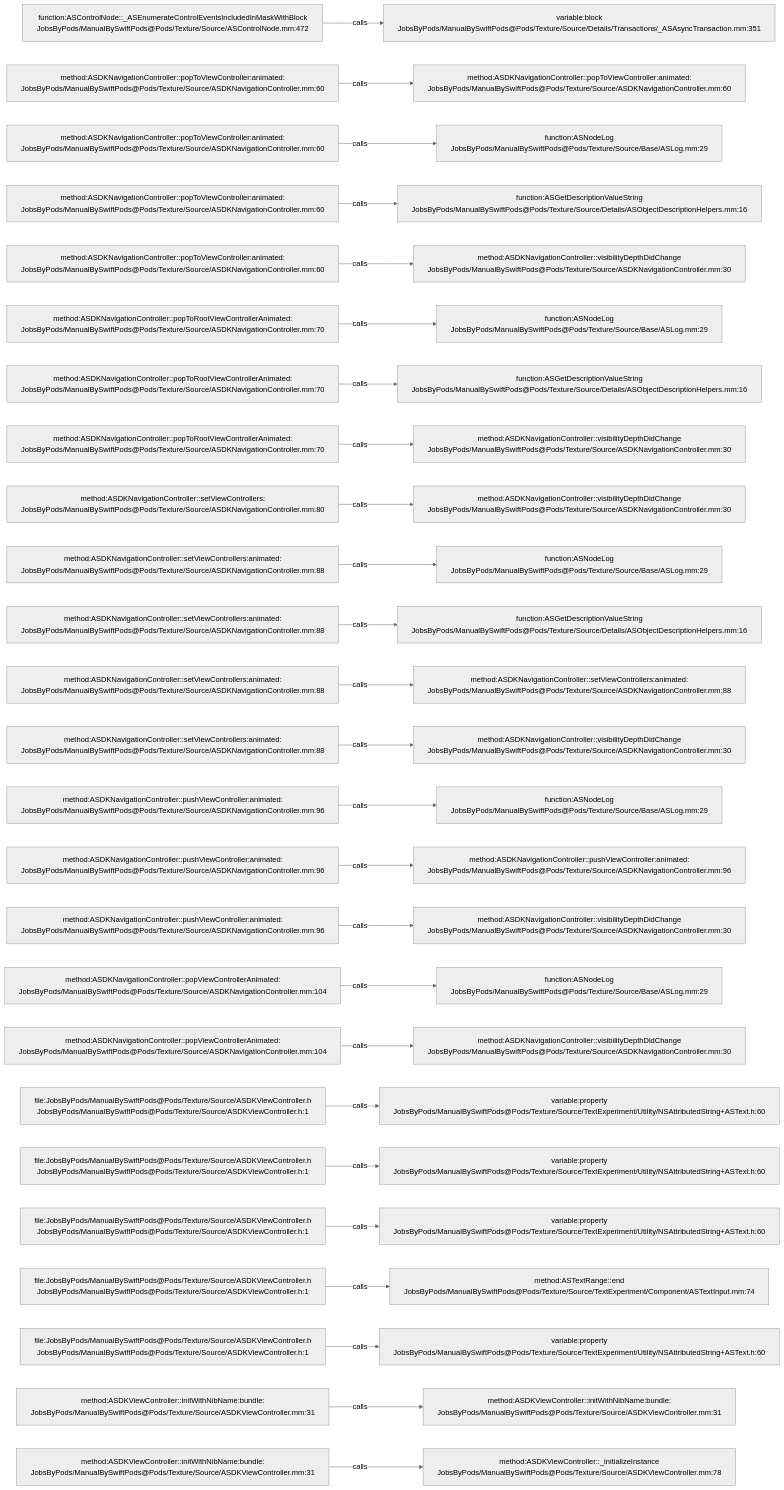
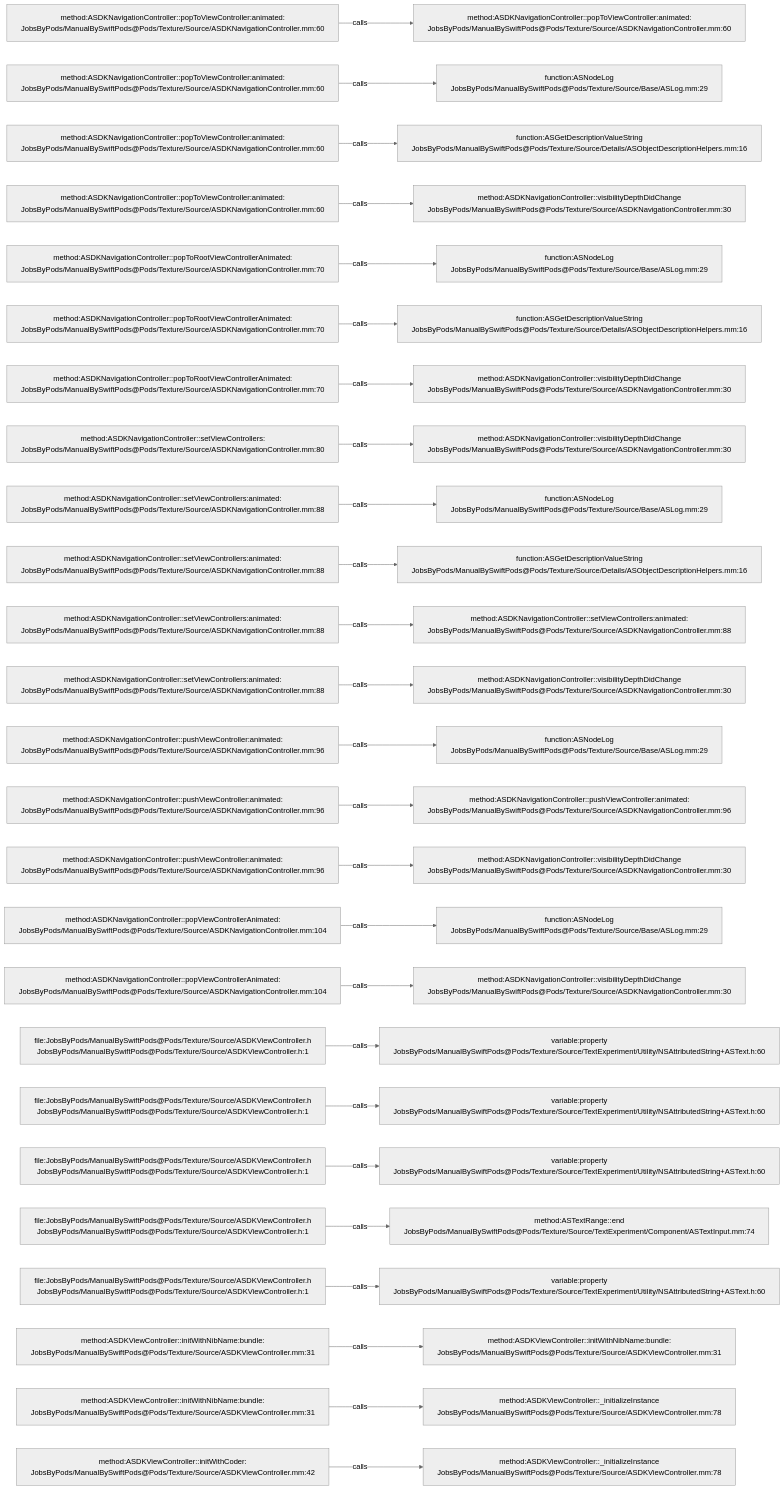
The diagram in .codegraph/codegraph.md/graphs/calls-018.md (JobsKits/JobsSwiftBaseConfigDemo), drawn with Mermaid (neutral theme) before and after one commit. The commit also changed 747 other files, not shown here.

````diff
--- a/.codegraph/codegraph.md/graphs/calls-018.md
+++ b/.codegraph/codegraph.md/graphs/calls-018.md
@@ -13,78 +13,78 @@
 ```mermaid
 flowchart LR
-  S1["function:ASControlNode::_ASEnumerateControlEventsIncludedInMaskWithBlock<br/>JobsByPods/ManualBySwiftPods@Pods/Texture/Source/ASControlNode.mm:472"]
-  T1["variable:block<br/>JobsByPods/ManualBySwiftPods@Pods/Texture/Source/Details/Transactions/_ASAsyncTransaction.mm:351"]
+  S1["method:ASDKNavigationController::popToViewController:animated:<br/>JobsByPods/ManualBySwiftPods@Pods/Texture/Source/ASDKNavigationController.mm:60"]
+  T1["method:ASDKNavigationController::popToViewController:animated:<br/>JobsByPods/ManualBySwiftPods@Pods/Texture/Source/ASDKNavigationController.mm:60"]
   S1 -->|calls| T1
   S2["method:ASDKNavigationController::popToViewController:animated:<br/>JobsByPods/ManualBySwiftPods@Pods/Texture/Source/ASDKNavigationController.mm:60"]
-  T2["method:ASDKNavigationController::popToViewController:animated:<br/>JobsByPods/ManualBySwiftPods@Pods/Texture/Source/ASDKNavigationController.mm:60"]
+  T2["function:ASNodeLog<br/>JobsByPods/ManualBySwiftPods@Pods/Texture/Source/Base/ASLog.mm:29"]
   S2 -->|calls| T2
   S3["method:ASDKNavigationController::popToViewController:animated:<br/>JobsByPods/ManualBySwiftPods@Pods/Texture/Source/ASDKNavigationController.mm:60"]
-  T3["function:ASNodeLog<br/>JobsByPods/ManualBySwiftPods@Pods/Texture/Source/Base/ASLog.mm:29"]
+  T3["function:ASGetDescriptionValueString<br/>JobsByPods/ManualBySwiftPods@Pods/Texture/Source/Details/ASObjectDescriptionHelpers.mm:16"]
   S3 -->|calls| T3
   S4["method:ASDKNavigationController::popToViewController:animated:<br/>JobsByPods/ManualBySwiftPods@Pods/Texture/Source/ASDKNavigationController.mm:60"]
-  T4["function:ASGetDescriptionValueString<br/>JobsByPods/ManualBySwiftPods@Pods/Texture/Source/Details/ASObjectDescriptionHelpers.mm:16"]
+  T4["method:ASDKNavigationController::visibilityDepthDidChange<br/>JobsByPods/ManualBySwiftPods@Pods/Texture/Source/ASDKNavigationController.mm:30"]
   S4 -->|calls| T4
-  S5["method:ASDKNavigationController::popToViewController:animated:<br/>JobsByPods/ManualBySwiftPods@Pods/Texture/Source/ASDKNavigationController.mm:60"]
-  T5["method:ASDKNavigationController::visibilityDepthDidChange<br/>JobsByPods/ManualBySwiftPods@Pods/Texture/Source/ASDKNavigationController.mm:30"]
+  S5["method:ASDKNavigationController::popToRootViewControllerAnimated:<br/>JobsByPods/ManualBySwiftPods@Pods/Texture/Source/ASDKNavigationController.mm:70"]
+  T5["function:ASNodeLog<br/>JobsByPods/ManualBySwiftPods@Pods/Texture/Source/Base/ASLog.mm:29"]
   S5 -->|calls| T5
   S6["method:ASDKNavigationController::popToRootViewControllerAnimated:<br/>JobsByPods/ManualBySwiftPods@Pods/Texture/Source/ASDKNavigationController.mm:70"]
-  T6["function:ASNodeLog<br/>JobsByPods/ManualBySwiftPods@Pods/Texture/Source/Base/ASLog.mm:29"]
+  T6["function:ASGetDescriptionValueString<br/>JobsByPods/ManualBySwiftPods@Pods/Texture/Source/Details/ASObjectDescriptionHelpers.mm:16"]
   S6 -->|calls| T6
   S7["method:ASDKNavigationController::popToRootViewControllerAnimated:<br/>JobsByPods/ManualBySwiftPods@Pods/Texture/Source/ASDKNavigationController.mm:70"]
-  T7["function:ASGetDescriptionValueString<br/>JobsByPods/ManualBySwiftPods@Pods/Texture/Source/Details/ASObjectDescriptionHelpers.mm:16"]
+  T7["method:ASDKNavigationController::visibilityDepthDidChange<br/>JobsByPods/ManualBySwiftPods@Pods/Texture/Source/ASDKNavigationController.mm:30"]
   S7 -->|calls| T7
-  S8["method:ASDKNavigationController::popToRootViewControllerAnimated:<br/>JobsByPods/ManualBySwiftPods@Pods/Texture/Source/ASDKNavigationController.mm:70"]
+  S8["method:ASDKNavigationController::setViewControllers:<br/>JobsByPods/ManualBySwiftPods@Pods/Texture/Source/ASDKNavigationController.mm:80"]
   T8["method:ASDKNavigationController::visibilityDepthDidChange<br/>JobsByPods/ManualBySwiftPods@Pods/Texture/Source/ASDKNavigationController.mm:30"]
   S8 -->|calls| T8
-  S9["method:ASDKNavigationController::setViewControllers:<br/>JobsByPods/ManualBySwiftPods@Pods/Texture/Source/ASDKNavigationController.mm:80"]
-  T9["method:ASDKNavigationController::visibilityDepthDidChange<br/>JobsByPods/ManualBySwiftPods@Pods/Texture/Source/ASDKNavigationController.mm:30"]
+  S9["method:ASDKNavigationController::setViewControllers:animated:<br/>JobsByPods/ManualBySwiftPods@Pods/Texture/Source/ASDKNavigationController.mm:88"]
+  T9["function:ASNodeLog<br/>JobsByPods/ManualBySwiftPods@Pods/Texture/Source/Base/ASLog.mm:29"]
   S9 -->|calls| T9
   S10["method:ASDKNavigationController::setViewControllers:animated:<br/>JobsByPods/ManualBySwiftPods@Pods/Texture/Source/ASDKNavigationController.mm:88"]
-  T10["function:ASNodeLog<br/>JobsByPods/ManualBySwiftPods@Pods/Texture/Source/Base/ASLog.mm:29"]
+  T10["function:ASGetDescriptionValueString<br/>JobsByPods/ManualBySwiftPods@Pods/Texture/Source/Details/ASObjectDescriptionHelpers.mm:16"]
   S10 -->|calls| T10
   S11["method:ASDKNavigationController::setViewControllers:animated:<br/>JobsByPods/ManualBySwiftPods@Pods/Texture/Source/ASDKNavigationController.mm:88"]
-  T11["function:ASGetDescriptionValueString<br/>JobsByPods/ManualBySwiftPods@Pods/Texture/Source/Details/ASObjectDescriptionHelpers.mm:16"]
+  T11["method:ASDKNavigationController::setViewControllers:animated:<br/>JobsByPods/ManualBySwiftPods@Pods/Texture/Source/ASDKNavigationController.mm:88"]
   S11 -->|calls| T11
   S12["method:ASDKNavigationController::setViewControllers:animated:<br/>JobsByPods/ManualBySwiftPods@Pods/Texture/Source/ASDKNavigationController.mm:88"]
-  T12["method:ASDKNavigationController::setViewControllers:animated:<br/>JobsByPods/ManualBySwiftPods@Pods/Texture/Source/ASDKNavigationController.mm:88"]
+  T12["method:ASDKNavigationController::visibilityDepthDidChange<br/>JobsByPods/ManualBySwiftPods@Pods/Texture/Source/ASDKNavigationController.mm:30"]
   S12 -->|calls| T12
-  S13["method:ASDKNavigationController::setViewControllers:animated:<br/>JobsByPods/ManualBySwiftPods@Pods/Texture/Source/ASDKNavigationController.mm:88"]
-  T13["method:ASDKNavigationController::visibilityDepthDidChange<br/>JobsByPods/ManualBySwiftPods@Pods/Texture/Source/ASDKNavigationController.mm:30"]
+  S13["method:ASDKNavigationController::pushViewController:animated:<br/>JobsByPods/ManualBySwiftPods@Pods/Texture/Source/ASDKNavigationController.mm:96"]
+  T13["function:ASNodeLog<br/>JobsByPods/ManualBySwiftPods@Pods/Texture/Source/Base/ASLog.mm:29"]
   S13 -->|calls| T13
   S14["method:ASDKNavigationController::pushViewController:animated:<br/>JobsByPods/ManualBySwiftPods@Pods/Texture/Source/ASDKNavigationController.mm:96"]
-  T14["function:ASNodeLog<br/>JobsByPods/ManualBySwiftPods@Pods/Texture/Source/Base/ASLog.mm:29"]
+  T14["method:ASDKNavigationController::pushViewController:animated:<br/>JobsByPods/ManualBySwiftPods@Pods/Texture/Source/ASDKNavigationController.mm:96"]
   S14 -->|calls| T14
   S15["method:ASDKNavigationController::pushViewController:animated:<br/>JobsByPods/ManualBySwiftPods@Pods/Texture/Source/ASDKNavigationController.mm:96"]
-  T15["method:ASDKNavigationController::pushViewController:animated:<br/>JobsByPods/ManualBySwiftPods@Pods/Texture/Source/ASDKNavigationController.mm:96"]
+  T15["method:ASDKNavigationController::visibilityDepthDidChange<br/>JobsByPods/ManualBySwiftPods@Pods/Texture/Source/ASDKNavigationController.mm:30"]
   S15 -->|calls| T15
-  S16["method:ASDKNavigationController::pushViewController:animated:<br/>JobsByPods/ManualBySwiftPods@Pods/Texture/Source/ASDKNavigationController.mm:96"]
-  T16["method:ASDKNavigationController::visibilityDepthDidChange<br/>JobsByPods/ManualBySwiftPods@Pods/Texture/Source/ASDKNavigationController.mm:30"]
+  S16["method:ASDKNavigationController::popViewControllerAnimated:<br/>JobsByPods/ManualBySwiftPods@Pods/Texture/Source/ASDKNavigationController.mm:104"]
+  T16["function:ASNodeLog<br/>JobsByPods/ManualBySwiftPods@Pods/Texture/Source/Base/ASLog.mm:29"]
   S16 -->|calls| T16
   S17["method:ASDKNavigationController::popViewControllerAnimated:<br/>JobsByPods/ManualBySwiftPods@Pods/Texture/Source/ASDKNavigationController.mm:104"]
-  T17["function:ASNodeLog<br/>JobsByPods/ManualBySwiftPods@Pods/Texture/Source/Base/ASLog.mm:29"]
+  T17["method:ASDKNavigationController::visibilityDepthDidChange<br/>JobsByPods/ManualBySwiftPods@Pods/Texture/Source/ASDKNavigationController.mm:30"]
   S17 -->|calls| T17
-  S18["method:ASDKNavigationController::popViewControllerAnimated:<br/>JobsByPods/ManualBySwiftPods@Pods/Texture/Source/ASDKNavigationController.mm:104"]
-  T18["method:ASDKNavigationController::visibilityDepthDidChange<br/>JobsByPods/ManualBySwiftPods@Pods/Texture/Source/ASDKNavigationController.mm:30"]
+  S18["file:JobsByPods/ManualBySwiftPods@Pods/Texture/Source/ASDKViewController.h<br/>JobsByPods/ManualBySwiftPods@Pods/Texture/Source/ASDKViewController.h:1"]
+  T18["variable:property<br/>JobsByPods/ManualBySwiftPods@Pods/Texture/Source/TextExperiment/Utility/NSAttributedString+ASText.h:60"]
   S18 -->|calls| T18
   S19["file:JobsByPods/ManualBySwiftPods@Pods/Texture/Source/ASDKViewController.h<br/>JobsByPods/ManualBySwiftPods@Pods/Texture/Source/ASDKViewController.h:1"]
   T19["variable:property<br/>JobsByPods/ManualBySwiftPods@Pods/Texture/Source/TextExperiment/Utility/NSAttributedString+ASText.h:60"]
   S19 -->|calls| T19
   S20["file:JobsByPods/ManualBySwiftPods@Pods/Texture/Source/ASDKViewController.h<br/>JobsByPods/ManualBySwiftPods@Pods/Texture/Source/ASDKViewController.h:1"]
   T20["variable:property<br/>JobsByPods/ManualBySwiftPods@Pods/Texture/Source/TextExperiment/Utility/NSAttributedString+ASText.h:60"]
   S20 -->|calls| T20
   S21["file:JobsByPods/ManualBySwiftPods@Pods/Texture/Source/ASDKViewController.h<br/>JobsByPods/ManualBySwiftPods@Pods/Texture/Source/ASDKViewController.h:1"]
-  T21["variable:property<br/>JobsByPods/ManualBySwiftPods@Pods/Texture/Source/TextExperiment/Utility/NSAttributedString+ASText.h:60"]
+  T21["method:ASTextRange::end<br/>JobsByPods/ManualBySwiftPods@Pods/Texture/Source/TextExperiment/Component/ASTextInput.mm:74"]
   S21 -->|calls| T21
   S22["file:JobsByPods/ManualBySwiftPods@Pods/Texture/Source/ASDKViewController.h<br/>JobsByPods/ManualBySwiftPods@Pods/Texture/Source/ASDKViewController.h:1"]
-  T22["method:ASTextRange::end<br/>JobsByPods/ManualBySwiftPods@Pods/Texture/Source/TextExperiment/Component/ASTextInput.mm:74"]
+  T22["variable:property<br/>JobsByPods/ManualBySwiftPods@Pods/Texture/Source/TextExperiment/Utility/NSAttributedString+ASText.h:60"]
   S22 -->|calls| T22
-  S23["file:JobsByPods/ManualBySwiftPods@Pods/Texture/Source/ASDKViewController.h<br/>JobsByPods/ManualBySwiftPods@Pods/Texture/Source/ASDKViewController.h:1"]
-  T23["variable:property<br/>JobsByPods/ManualBySwiftPods@Pods/Texture/Source/TextExperiment/Utility/NSAttributedString+ASText.h:60"]
+  S23["method:ASDKViewController::initWithNibName:bundle:<br/>JobsByPods/ManualBySwiftPods@Pods/Texture/Source/ASDKViewController.mm:31"]
+  T23["method:ASDKViewController::initWithNibName:bundle:<br/>JobsByPods/ManualBySwiftPods@Pods/Texture/Source/ASDKViewController.mm:31"]
   S23 -->|calls| T23
   S24["method:ASDKViewController::initWithNibName:bundle:<br/>JobsByPods/ManualBySwiftPods@Pods/Texture/Source/ASDKViewController.mm:31"]
-  T24["method:ASDKViewController::initWithNibName:bundle:<br/>JobsByPods/ManualBySwiftPods@Pods/Texture/Source/ASDKViewController.mm:31"]
+  T24["method:ASDKViewController::_initializeInstance<br/>JobsByPods/ManualBySwiftPods@Pods/Texture/Source/ASDKViewController.mm:78"]
   S24 -->|calls| T24
-  S25["method:ASDKViewController::initWithNibName:bundle:<br/>JobsByPods/ManualBySwiftPods@Pods/Texture/Source/ASDKViewController.mm:31"]
+  S25["method:ASDKViewController::initWithCoder:<br/>JobsByPods/ManualBySwiftPods@Pods/Texture/Source/ASDKViewController.mm:42"]
   T25["method:ASDKViewController::_initializeInstance<br/>JobsByPods/ManualBySwiftPods@Pods/Texture/Source/ASDKViewController.mm:78"]
   S25 -->|calls| T25
 ```
````
